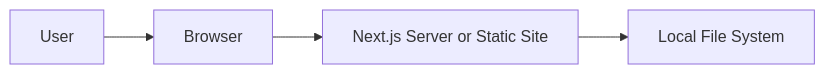
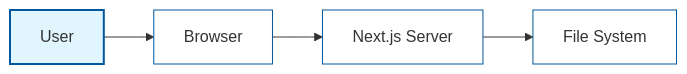
Before and after one commit to asyncapi/website: the fifth of 6 diagrams in markdown/docs/tools/studio/architecture.md, drawn with Mermaid. The commit also changed other lines of this file, not shown here.

Commit message:
modify architecture diagrams

````diff
--- a/markdown/docs/tools/studio/architecture.md
+++ b/markdown/docs/tools/studio/architecture.md
@@ -170,6 +206,14 @@
 ```mermaid
-graph LR;
-  A[User] --> B[Browser]
-  B --> C[Next.js Server or Static Site]
-  C --> D[Local File System]
+graph LR
+    classDef user fill:#e1f5fe,stroke:#01579b,stroke-width:2px
+    classDef service fill:#fff,stroke:#01579b,stroke-width:1px
+
+    U[User]:::user
+    B[Browser]:::service
+    N[Next.js Server]:::service
+    FS[File System]:::service
+
+    U --> B
+    B --> N
+    N --> FS
 ```
````
